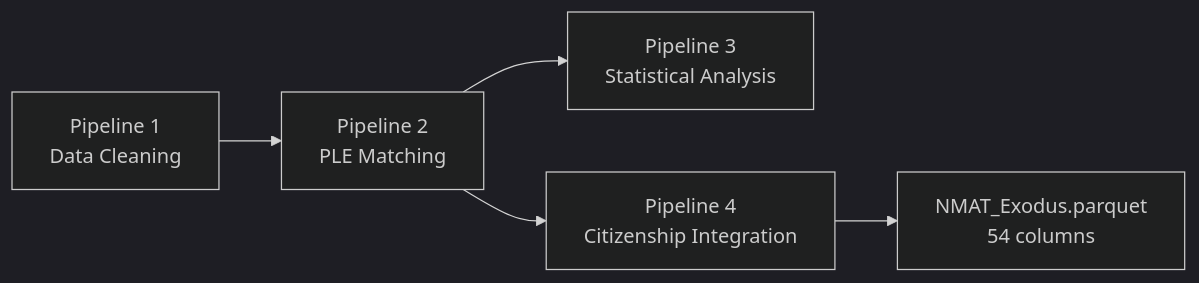
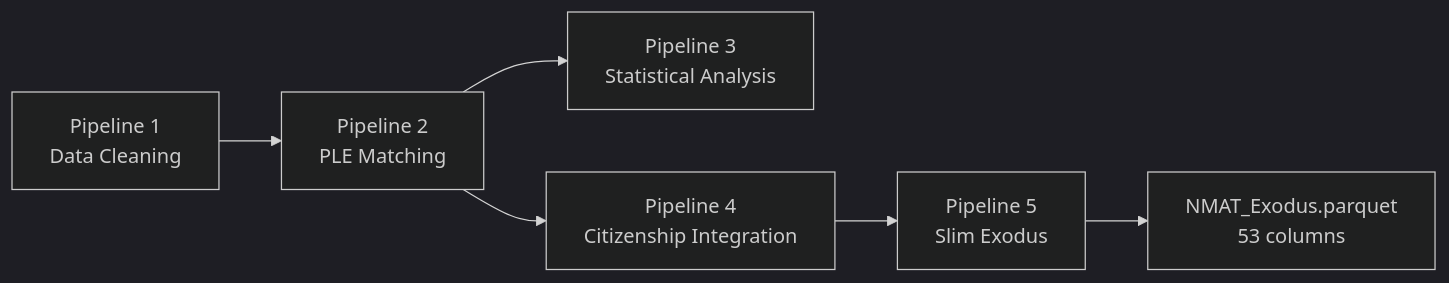
The diagram in docs/data_dictionary.md (yoshiii1203/NMAT-Main-Repository), drawn with Mermaid (dark theme) before and after one commit. The commit also changed other lines of this file and 16 other files, not shown here.

````diff
--- a/docs/data_dictionary.md
+++ b/docs/data_dictionary.md
@@ -12,7 +22,8 @@
 ```mermaid
 flowchart LR
     P1["Pipeline 1<br/>Data Cleaning"] --> P2["Pipeline 2<br/>PLE Matching"]
     P2 --> P3["Pipeline 3<br/>Statistical Analysis"]
     P2 --> P4["Pipeline 4<br/>Citizenship Integration"]
-    P4 --> EXODUS["NMAT_Exodus.parquet<br/>54 columns"]
+    P4 --> P5["Pipeline 5<br/>Slim Exodus"]
+    P5 --> EXODUS["NMAT_Exodus.parquet<br/>53 columns"]
 ```
````
